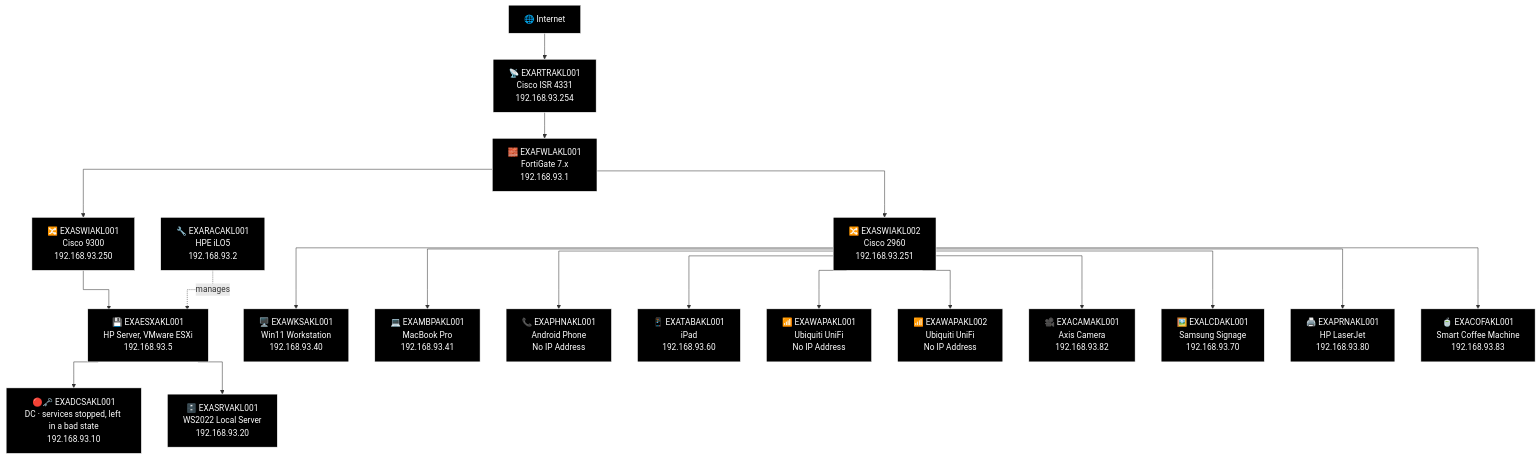
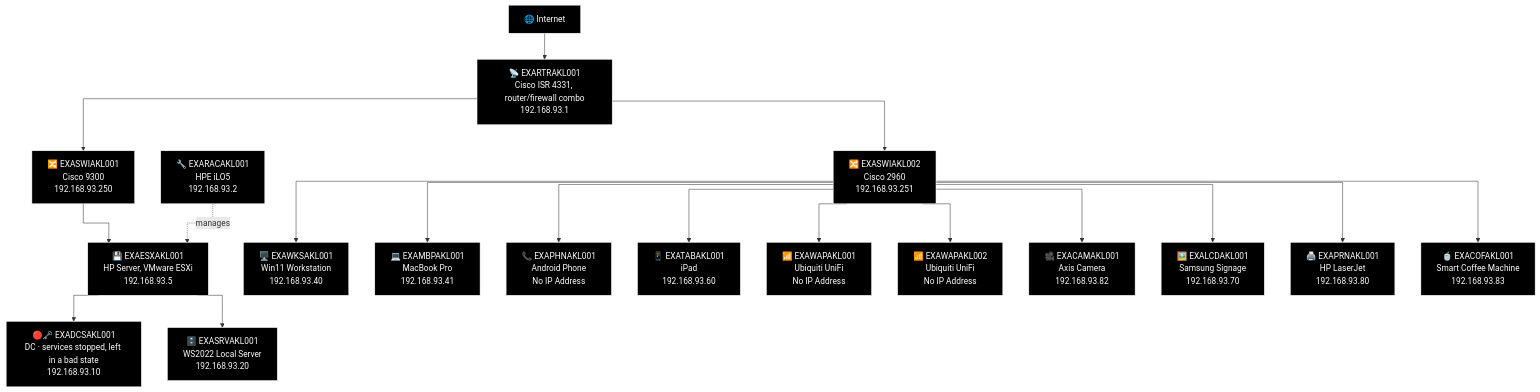
The first of 3 diagrams in docs/network-diagram/new-zealand.md (knightmare2600/example_music_infra), drawn with Mermaid before and after one commit. The commit also changed 7 other files, not shown here.

````diff
--- a/docs/network-diagram/new-zealand.md
+++ b/docs/network-diagram/new-zealand.md
@@ -29,63 +29,60 @@
 ```mermaid
 %%{init: {'flowchart': {'curve': 'stepAfter'}}}%%
 graph TD
     O_INET["🌐 Internet"]
-    O_RTR["📡 EXARTRAKL001<br/>Cisco ISR 4331<br/>192.168.93.254"]
+    O_RTR["📡 EXARTRAKL001<br/>Cisco ISR 4331, router/firewall combo<br/>192.168.93.1"]
     O_INET --> O_RTR
-    O_FWL["🧱 EXAFWLAKL001<br/>FortiGate 7.x<br/>192.168.93.1"]
-    O_RTR --> O_FWL
     O_SW1["🔀 EXASWIAKL001<br/>Cisco 9300<br/>192.168.93.250"]
     O_SW2["🔀 EXASWIAKL002<br/>Cisco 2960<br/>192.168.93.251"]
-    O_FWL --> O_SW1
-    O_FWL --> O_SW2
+    O_RTR --> O_SW1
+    O_RTR --> O_SW2
 
     O_RAC["🔧 EXARACAKL001<br/>HPE iLO5<br/>192.168.93.2"]
     O_ESX["💾 EXAESXAKL001<br/>HP Server, VMware ESXi<br/>192.168.93.5"]
     O_DC["🔴🗝️ EXADCSAKL001<br/>DC · services stopped, left in a bad state<br/>192.168.93.10"]
     O_SRV["🗄️ EXASRVAKL001<br/>WS2022 Local Server<br/>192.168.93.20"]
     O_SW1 --> O_ESX
     O_RAC -.->|"manages"| O_ESX
     O_ESX --> O_DC
     O_ESX --> O_SRV
 
     O_WKS["🖥️ EXAWKSAKL001<br/>Win11 Workstation<br/>192.168.93.40"]
     O_MBP["💻 EXAMBPAKL001<br/>MacBook Pro<br/>192.168.93.41"]
     O_PHN["📞 EXAPHNAKL001<br/>Android Phone<br/>No IP Address"]
     O_TAB["📱 EXATABAKL001<br/>iPad<br/>192.168.93.60"]
     O_WAP1["📶 EXAWAPAKL001<br/>Ubiquiti UniFi<br/>No IP Address"]
     O_WAP2["📶 EXAWAPAKL002<br/>Ubiquiti UniFi<br/>No IP Address"]
     O_CAM["🎥 EXACAMAKL001<br/>Axis Camera<br/>192.168.93.82"]
     O_LCD["🖼️ EXALCDAKL001<br/>Samsung Signage<br/>192.168.93.70"]
     O_PRN["🖨️ EXAPRNAKL001<br/>HP LaserJet<br/>192.168.93.80"]
     O_COF["🍵 EXACOFAKL001<br/>Smart Coffee Machine<br/>192.168.93.83"]
     O_SW2 --> O_WKS
     O_SW2 --> O_MBP
     O_SW2 --> O_PHN
     O_SW2 --> O_TAB
     O_SW2 --> O_WAP1
     O_SW2 --> O_WAP2
     O_SW2 --> O_CAM
     O_SW2 --> O_LCD
     O_SW2 --> O_PRN
     O_SW2 --> O_COF
 
     style O_INET fill:#000000,stroke:#FFFFFF,color:#FFFFFF
     style O_RTR fill:#000000,stroke:#FFFFFF,color:#FFFFFF
-    style O_FWL fill:#000000,stroke:#FFFFFF,color:#FFFFFF
     style O_SW1 fill:#000000,stroke:#FFFFFF,color:#FFFFFF
     style O_SW2 fill:#000000,stroke:#FFFFFF,color:#FFFFFF
     style O_RAC fill:#000000,stroke:#FFFFFF,color:#FFFFFF
     style O_ESX fill:#000000,stroke:#FFFFFF,color:#FFFFFF
     style O_DC fill:#000000,stroke:#FFFFFF,color:#FFFFFF
     style O_SRV fill:#000000,stroke:#FFFFFF,color:#FFFFFF
     style O_WKS fill:#000000,stroke:#FFFFFF,color:#FFFFFF
     style O_MBP fill:#000000,stroke:#FFFFFF,color:#FFFFFF
     style O_PHN fill:#000000,stroke:#FFFFFF,color:#FFFFFF
     style O_TAB fill:#000000,stroke:#FFFFFF,color:#FFFFFF
     style O_WAP1 fill:#000000,stroke:#FFFFFF,color:#FFFFFF
     style O_WAP2 fill:#000000,stroke:#FFFFFF,color:#FFFFFF
     style O_CAM fill:#000000,stroke:#FFFFFF,color:#FFFFFF
     style O_LCD fill:#000000,stroke:#FFFFFF,color:#FFFFFF
     style O_PRN fill:#000000,stroke:#FFFFFF,color:#FFFFFF
     style O_COF fill:#000000,stroke:#FFFFFF,color:#FFFFFF
 ```
````
